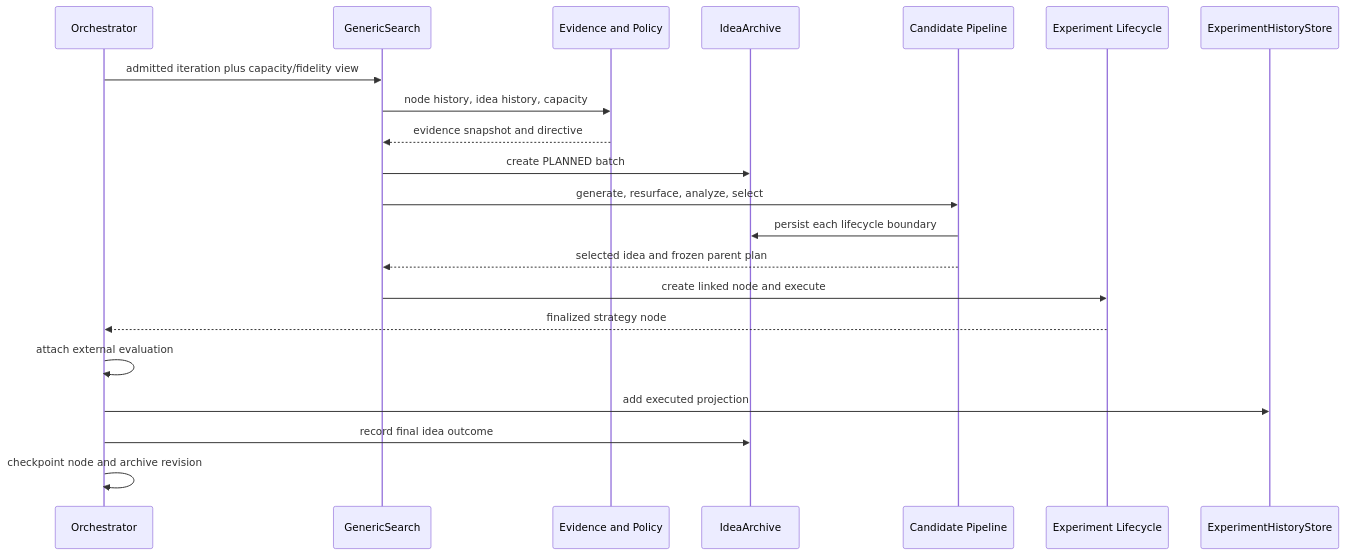
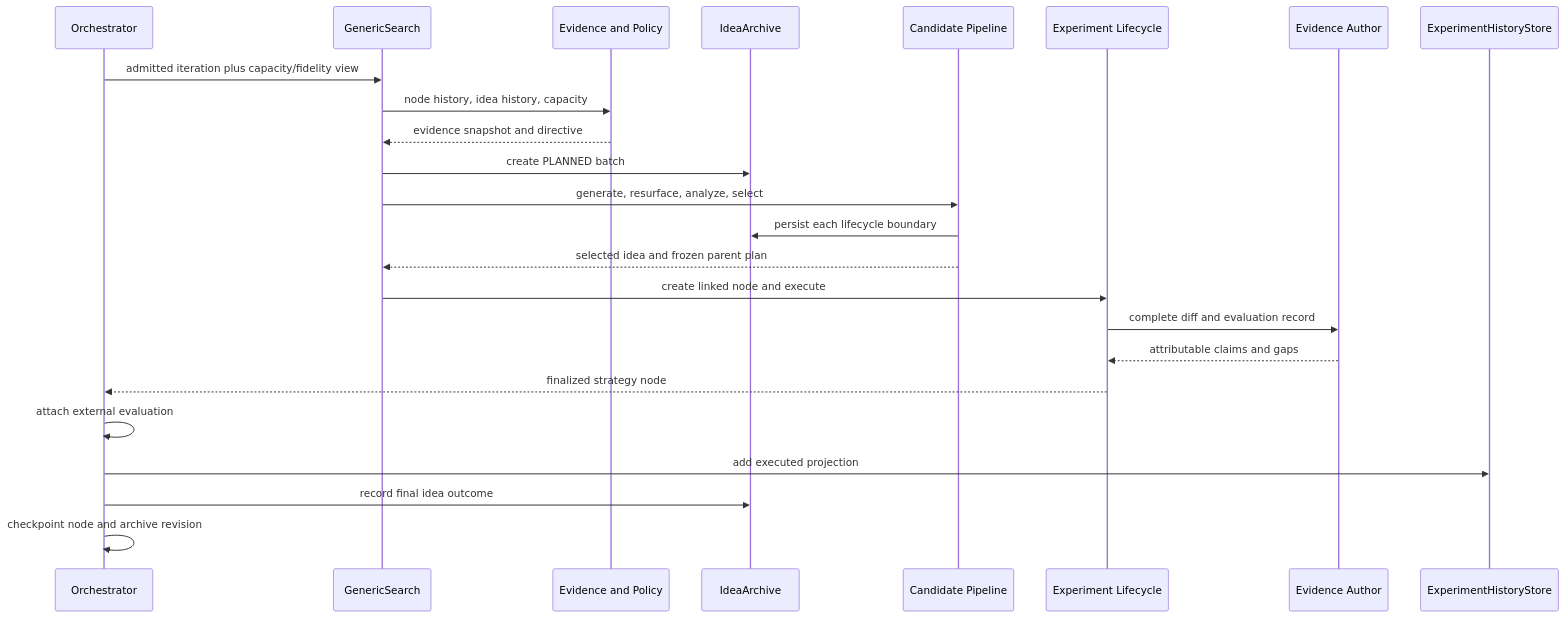
The second of 2 diagrams in docs/research/ideation-v3-implementation/00-orchestrator-plan.md (Leeroo-AI/kapso), drawn with Mermaid before and after one commit. The commit also changed other lines of this file and 97 other files, not shown here.

First line of the commit message:
feat: complete evidence-directed ideation v3

````diff
--- a/docs/research/ideation-v3-implementation/00-orchestrator-plan.md
+++ b/docs/research/ideation-v3-implementation/00-orchestrator-plan.md
@@ -313,24 +318,27 @@
 ```mermaid
 sequenceDiagram
     participant O as Orchestrator
     participant G as GenericSearch
     participant P as Evidence and Policy
     participant A as IdeaArchive
     participant C as Candidate Pipeline
     participant X as Experiment Lifecycle
+    participant W as Evidence Author
     participant E as ExperimentHistoryStore
 
     O->>G: admitted iteration plus capacity/fidelity view
     G->>P: node history, idea history, capacity
     P-->>G: evidence snapshot and directive
     G->>A: create PLANNED batch
     G->>C: generate, resurface, analyze, select
     C->>A: persist each lifecycle boundary
     C-->>G: selected idea and frozen parent plan
     G->>X: create linked node and execute
+    X->>W: complete diff and evaluation record
+    W-->>X: attributable claims and gaps
     X-->>O: finalized strategy node
     O->>O: attach external evaluation
     O->>E: add executed projection
     O->>A: record final idea outcome
     O->>O: checkpoint node and archive revision
 ```
````
